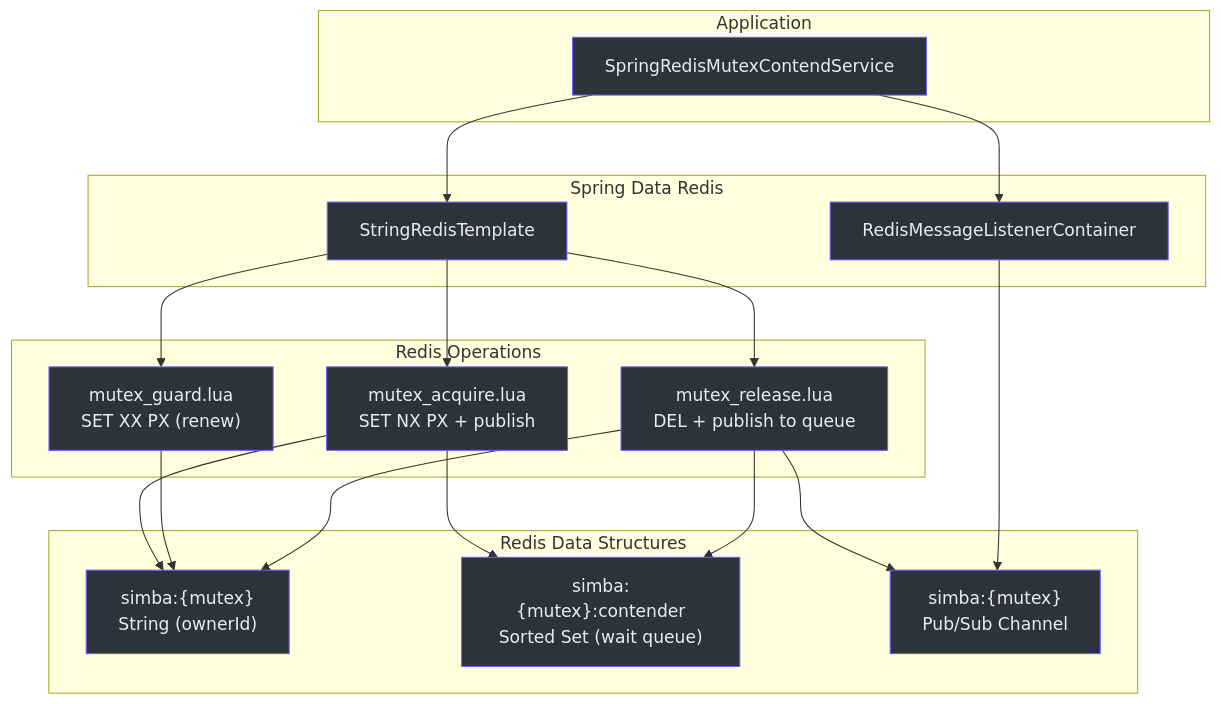
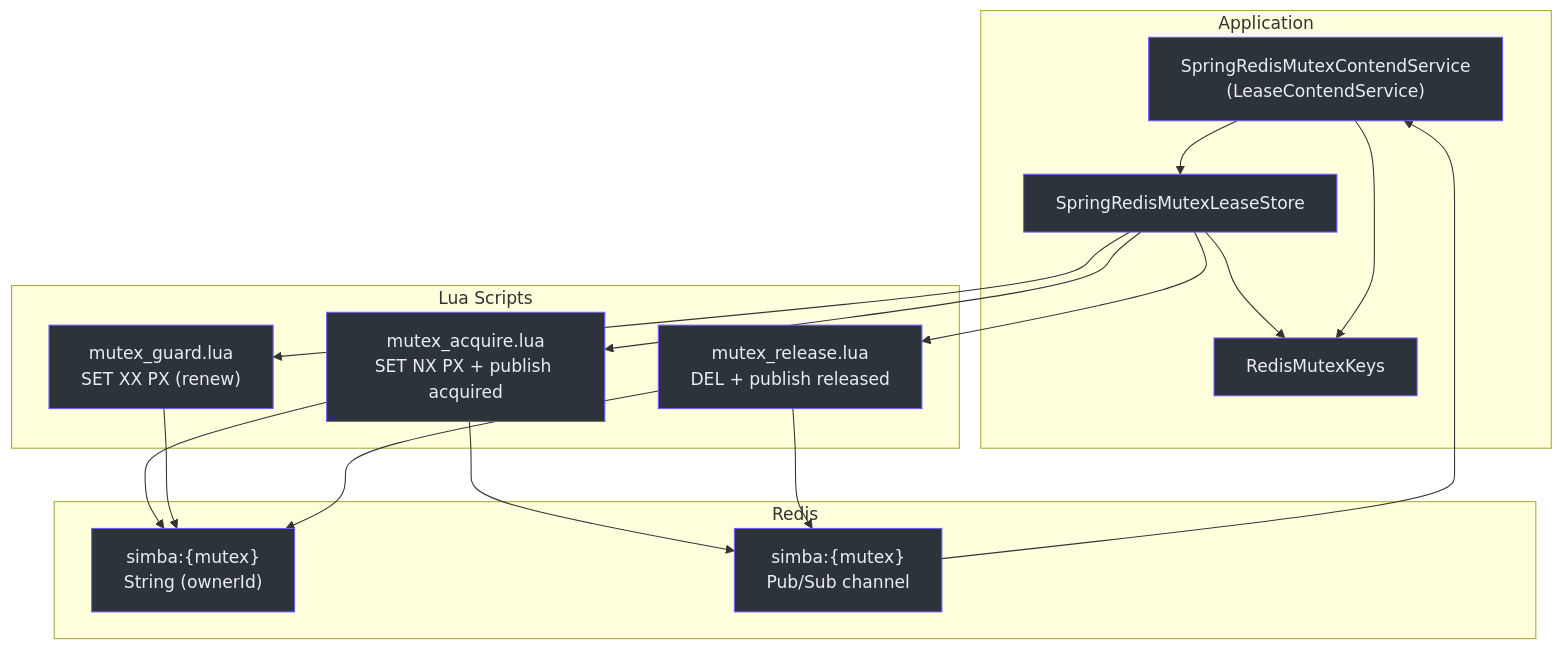
One commit to Ahoo-Wang/Simba changed the first of 2 diagrams in wiki/zh/modules/simba-spring-redis.md. Above: the diagram before and after it, drawn with Mermaid. The commit also changed other lines of this file and 45 other files, not shown here.

````diff
--- a/wiki/zh/modules/simba-spring-redis.md
+++ b/wiki/zh/modules/simba-spring-redis.md
@@ -12,47 +12,39 @@
 ```mermaid
 graph TB
-    subgraph sg_106 ["Application"]
-
-        SVC["SpringRedisMutexContendService"]
+    subgraph sg_app ["Application"]
+        SVC["SpringRedisMutexContendService<br>(LeaseContendService)"]
+        STORE["SpringRedisMutexLeaseStore"]
+        KEYS["RedisMutexKeys"]
     end
-    subgraph sg_107 ["Redis Operations"]
-
-        ACQ["mutex_acquire.lua<br>SET NX PX + publish"]
+    subgraph sg_lua ["Lua Scripts"]
+        ACQ["mutex_acquire.lua<br>SET NX PX + publish acquired"]
         GRD["mutex_guard.lua<br>SET XX PX (renew)"]
-        REL["mutex_release.lua<br>DEL + publish to queue"]
+        REL["mutex_release.lua<br>DEL + publish released"]
     end
-    subgraph sg_108 ["Redis Data Structures"]
-
+    subgraph sg_data ["Redis"]
         KEY["simba:{mutex}<br>String (ownerId)"]
-        ZSET["simba:{mutex}:contender<br>Sorted Set (wait queue)"]
-        CHAN["simba:{mutex}<br>Pub/Sub Channel"]
-    end
-    subgraph sg_109 ["Spring Data Redis"]
-
-        SRT["StringRedisTemplate"]
-        RMLC["RedisMessageListenerContainer"]
+        CHAN["simba:{mutex}<br>Pub/Sub channel"]
     end
 
-    SVC --> SRT
-    SVC --> RMLC
-    SRT --> ACQ
-    SRT --> GRD
-    SRT --> REL
+    SVC --> STORE
+    STORE --> KEYS
+    SVC --> KEYS
+    STORE --> ACQ
+    STORE --> GRD
+    STORE --> REL
     ACQ --> KEY
-    ACQ --> ZSET
+    ACQ --> CHAN
     GRD --> KEY
     REL --> KEY
-    REL --> ZSET
     REL --> CHAN
-    RMLC --> CHAN
+    CHAN --> SVC
 
     style SVC fill:#2d333b,stroke:#6d5dfc,color:#e6edf3
+    style STORE fill:#2d333b,stroke:#6d5dfc,color:#e6edf3
+    style KEYS fill:#2d333b,stroke:#6d5dfc,color:#e6edf3
     style ACQ fill:#2d333b,stroke:#6d5dfc,color:#e6edf3
     style GRD fill:#2d333b,stroke:#6d5dfc,color:#e6edf3
     style REL fill:#2d333b,stroke:#6d5dfc,color:#e6edf3
     style KEY fill:#2d333b,stroke:#6d5dfc,color:#e6edf3
-    style ZSET fill:#2d333b,stroke:#6d5dfc,color:#e6edf3
     style CHAN fill:#2d333b,stroke:#6d5dfc,color:#e6edf3
-    style SRT fill:#2d333b,stroke:#6d5dfc,color:#e6edf3
-    style RMLC fill:#2d333b,stroke:#6d5dfc,color:#e6edf3
 ```
````
